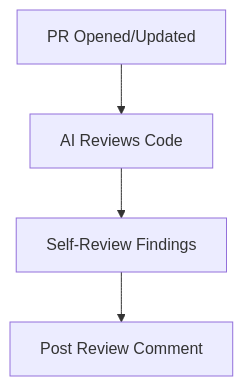
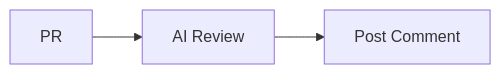
The second of 4 diagrams in docs/patterns/gha-automation-patterns.md (ambient-code/reference), drawn with Mermaid before and after one commit. The commit also changed other lines of this file and 8 other files, not shown here.

First line of the commit message:
docs: simplify mermaid diagrams for visual clarity (#17)

````diff
--- a/docs/patterns/gha-automation-patterns.md
+++ b/docs/patterns/gha-automation-patterns.md
@@ -104,6 +101,5 @@
 ```mermaid
-flowchart TD
-    A[PR Opened/Updated] --> B[AI Reviews Code]
-    B --> C[Self-Review Findings]
-    C --> D[Post Review Comment]
+flowchart LR
+    A[PR] --> B[AI Review]
+    B --> C[Post Comment]
 ```
````
